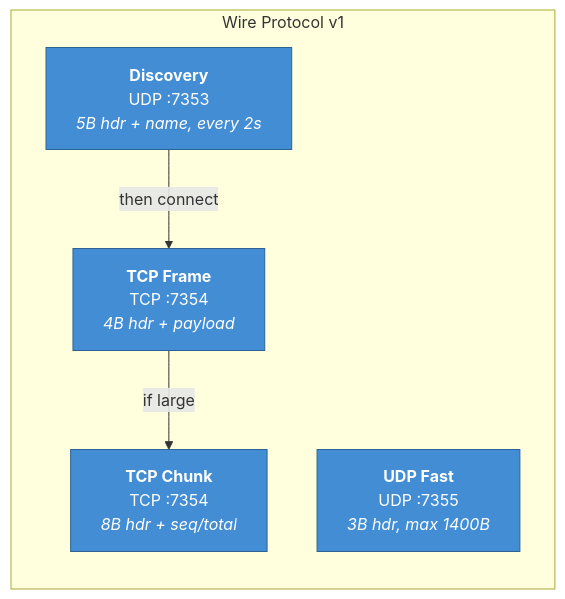
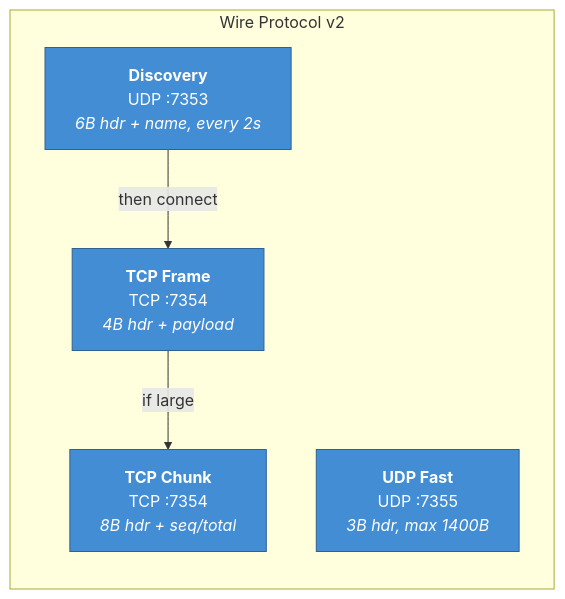
Before and after one commit to matthewdeaves/peertalk: the sixth of 12 diagrams in ARCHITECTURE.md, drawn with Mermaid. The commit also changed other lines of this file and 4 other files, not shown here.

````diff
--- a/ARCHITECTURE.md
+++ b/ARCHITECTURE.md
@@ -145,17 +145,17 @@
 ```mermaid
 graph LR
-    subgraph wire ["Wire Protocol v1"]
-        disc["<b>Discovery</b><br/>UDP :7353<br/><i>5B hdr + name, every 2s</i>"]
+    subgraph wire ["Wire Protocol v2"]
+        disc["<b>Discovery</b><br/>UDP :7353<br/><i>6B hdr + name, every 2s</i>"]
         tcp["<b>TCP Frame</b><br/>TCP :7354<br/><i>4B hdr + payload</i>"]
         chunk["<b>TCP Chunk</b><br/>TCP :7354<br/><i>8B hdr + seq/total</i>"]
         udp["<b>UDP Fast</b><br/>UDP :7355<br/><i>3B hdr, max 1400B</i>"]
     end
 
     disc -->|"then connect"| tcp
     tcp -->|"if large"| chunk
 
     style disc fill:#438dd5,stroke:#2e6295,color:#fff
     style tcp fill:#438dd5,stroke:#2e6295,color:#fff
     style chunk fill:#438dd5,stroke:#2e6295,color:#fff
     style udp fill:#438dd5,stroke:#2e6295,color:#fff
 ```
````
